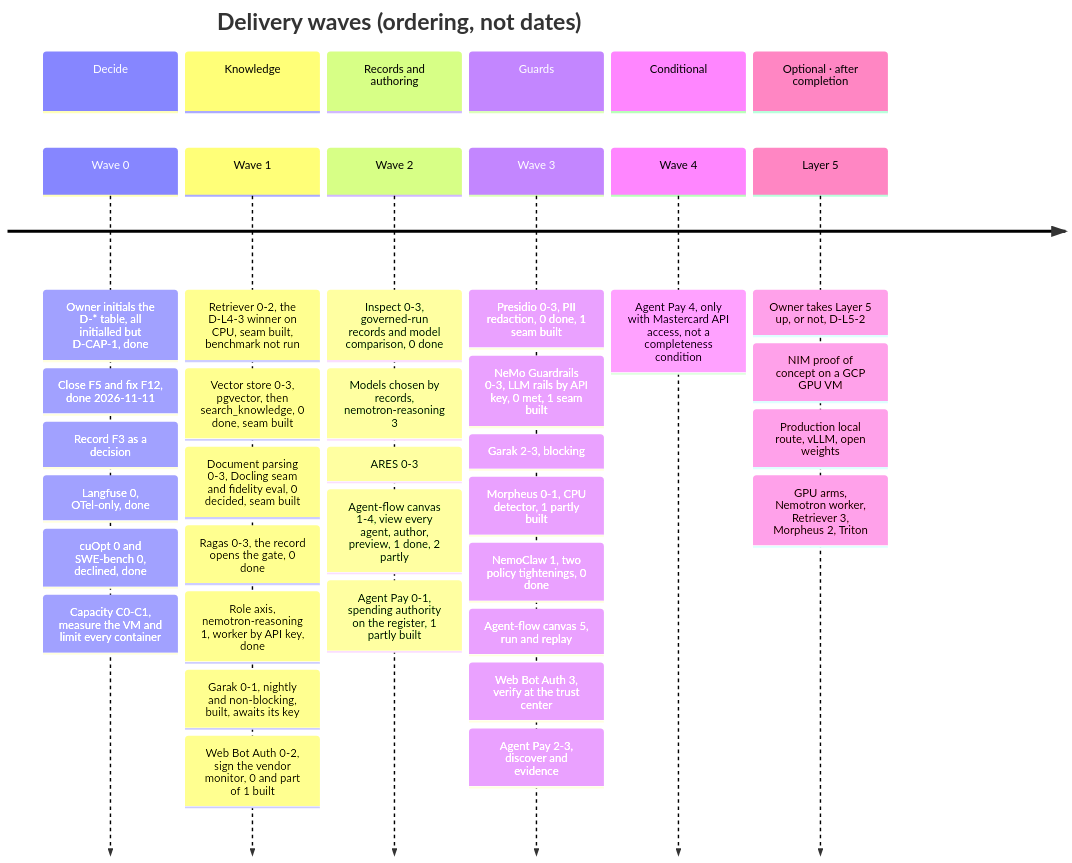
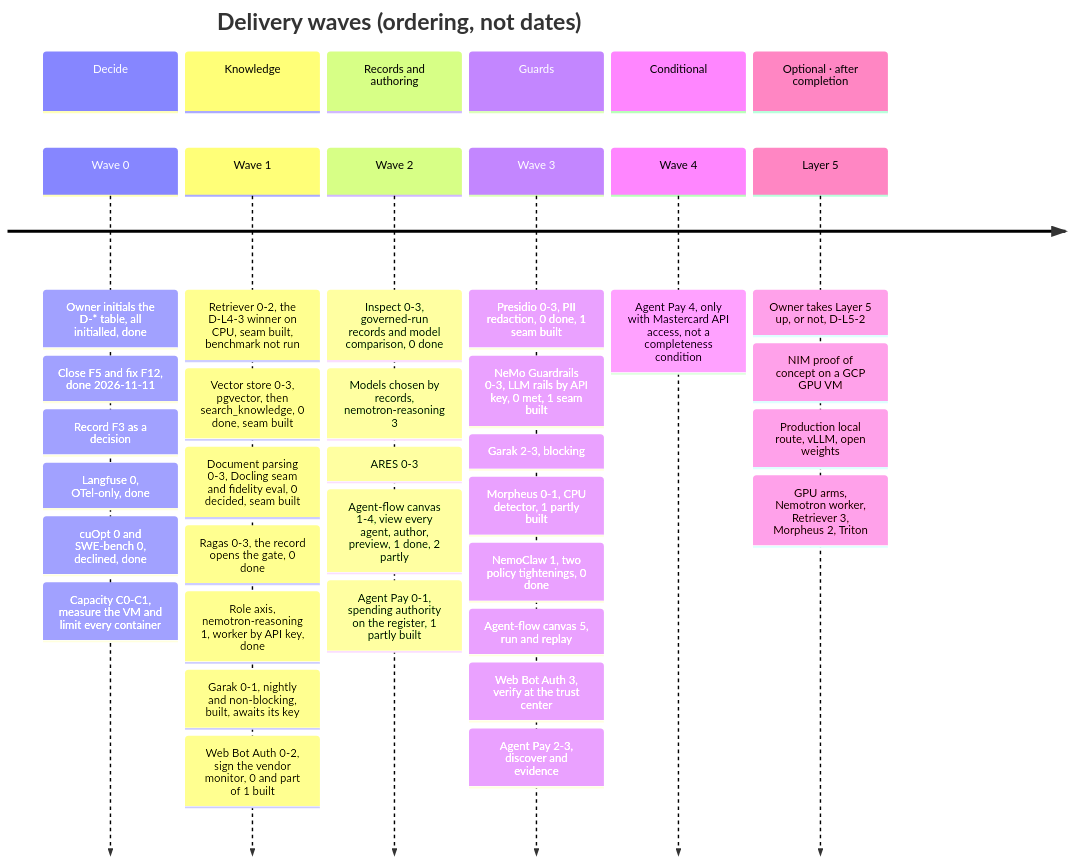
One commit to RodnaPamet/inflect-compliance changed the third of 5 diagrams in docs/ai-architecture-roadmap.md. Above: the diagram before and after it, drawn with Mermaid. The commit also changed other lines of this file and 148 other files, not shown here.

First line of the commit message:
AI roadmap final batch: Web Bot Auth 2, Agent Pay 2, flow canvas 3–4, Inspect 1, Morpheus 1.3, shared eval cost meter; the remaining decisions (#5361)

````diff
--- a/docs/ai-architecture-roadmap.md
+++ b/docs/ai-architecture-roadmap.md
@@ -816,41 +818,41 @@
 ```mermaid
 timeline
   title Delivery waves (ordering, not dates)
   section Decide
-    Wave 0 : Owner initials the D-* table, all initialled but D-CAP-1, done
+    Wave 0 : Owner initials the D-* table, all initialled, done
            : Close F5 and fix F12, done 2026-11-11
            : Record F3 as a decision
            : Langfuse 0, OTel-only, done
            : cuOpt 0 and SWE-bench 0, declined, done
            : Capacity C0-C1, measure the VM and limit every container
   section Knowledge
     Wave 1 : Retriever 0-2, the D-L4-3 winner on CPU, seam built, benchmark not run
            : Vector store 0-3, pgvector, then search_knowledge, 0 done, seam built
            : Document parsing 0-3, Docling seam and fidelity eval, 0 decided, seam built
            : Ragas 0-3, the record opens the gate, 0 done
            : Role axis, nemotron-reasoning 1, worker by API key, done
            : Garak 0-1, nightly and non-blocking, built, awaits its key
            : Web Bot Auth 0-2, sign the vendor monitor, 0 and part of 1 built
   section Records and authoring
     Wave 2 : Inspect 0-3, governed-run records and model comparison, 0 done
            : Models chosen by records, nemotron-reasoning 3
            : ARES 0-3
            : Agent-flow canvas 1-4, view every agent, author, preview, 1 done, 2 partly
            : Agent Pay 0-1, spending authority on the register, 1 partly built
   section Guards
     Wave 3 : Presidio 0-3, PII redaction, 0 done, 1 seam built
            : NeMo Guardrails 0-3, LLM rails by API key, 0 met, 1 seam built
            : Garak 2-3, blocking
            : Morpheus 0-1, CPU detector, 1 partly built
            : NemoClaw 1, two policy tightenings, 0 done
            : Agent-flow canvas 5, run and replay
            : Web Bot Auth 3, verify at the trust center
            : Agent Pay 2-3, discover and evidence
   section Conditional
     Wave 4 : Agent Pay 4, only with Mastercard API access, not a completeness condition
   section Optional · after completion
     Layer 5 : Owner takes Layer 5 up, or not, D-L5-2
             : NIM proof of concept on a GCP GPU VM
             : Production local route, vLLM, open weights
             : GPU arms, Nemotron worker, Retriever 3, Morpheus 2, Triton
 ```
````
